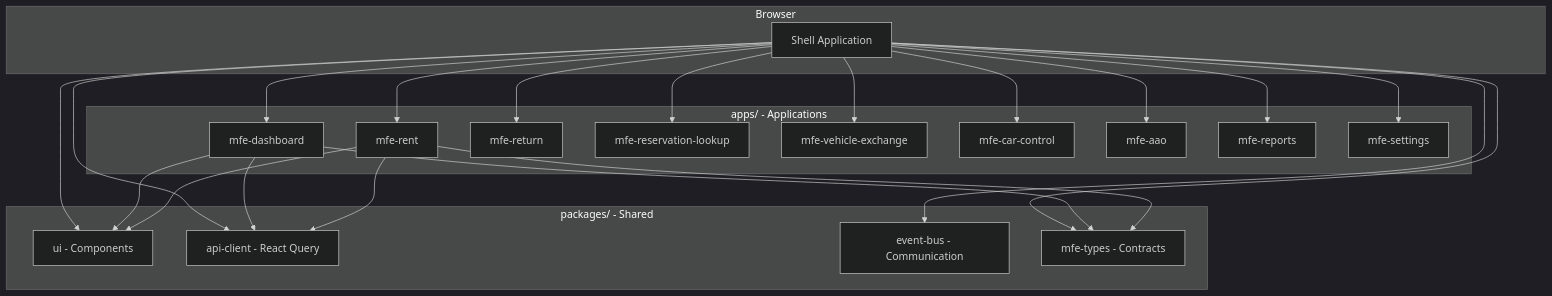
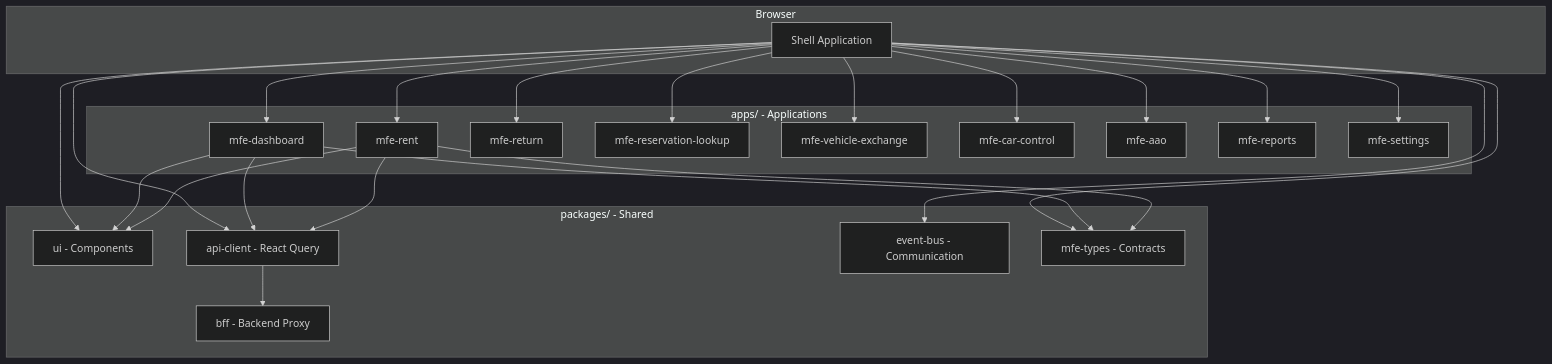
One commit to piyushimraw/dash-dashboard changed the first of 9 diagrams in ARCHITECTURE.md. Above: the diagram before and after it, drawn with Mermaid (dark theme). The commit also changed other lines of this file, not shown here.

Commit message:
architecture updated

````diff
--- a/ARCHITECTURE.md
+++ b/ARCHITECTURE.md
@@ -128,38 +136,41 @@
 ```mermaid
 flowchart TB
     subgraph Browser
         Shell[Shell Application]
     end
 
     subgraph "apps/ - Applications"
         Shell --> MFE1[mfe-dashboard]
         Shell --> MFE2[mfe-rent]
         Shell --> MFE3[mfe-return]
         Shell --> MFE4[mfe-reservation-lookup]
         Shell --> MFE5[mfe-vehicle-exchange]
         Shell --> MFE6[mfe-car-control]
         Shell --> MFE7[mfe-aao]
         Shell --> MFE8[mfe-reports]
         Shell --> MFE9[mfe-settings]
     end
 
     subgraph "packages/ - Shared"
         UI[ui - Components]
         API[api-client - React Query]
         EB[event-bus - Communication]
         Types[mfe-types - Contracts]
+        BFF[bff - Backend Proxy]
     end
 
     Shell --> UI
     Shell --> API
     Shell --> EB
     Shell --> Types
 
     MFE1 --> UI
     MFE1 --> API
     MFE1 --> Types
 
     MFE2 --> UI
     MFE2 --> API
     MFE2 --> Types
+    
+    API --> BFF
 ```
````
